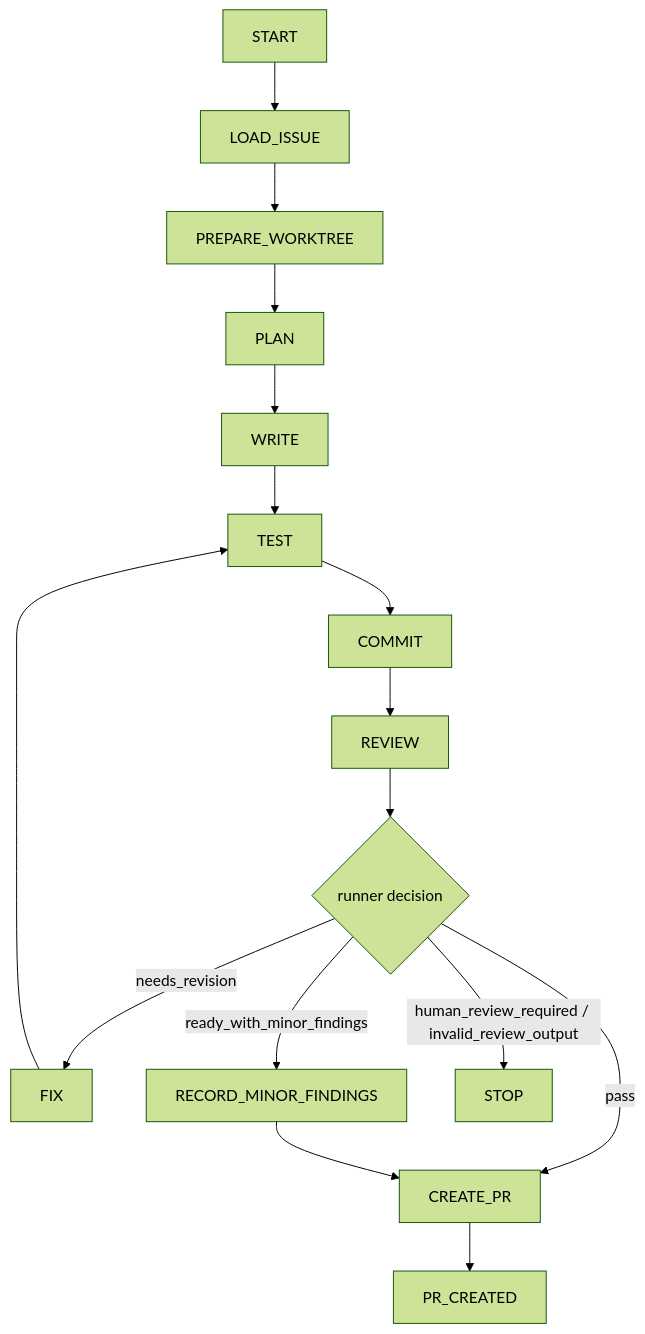
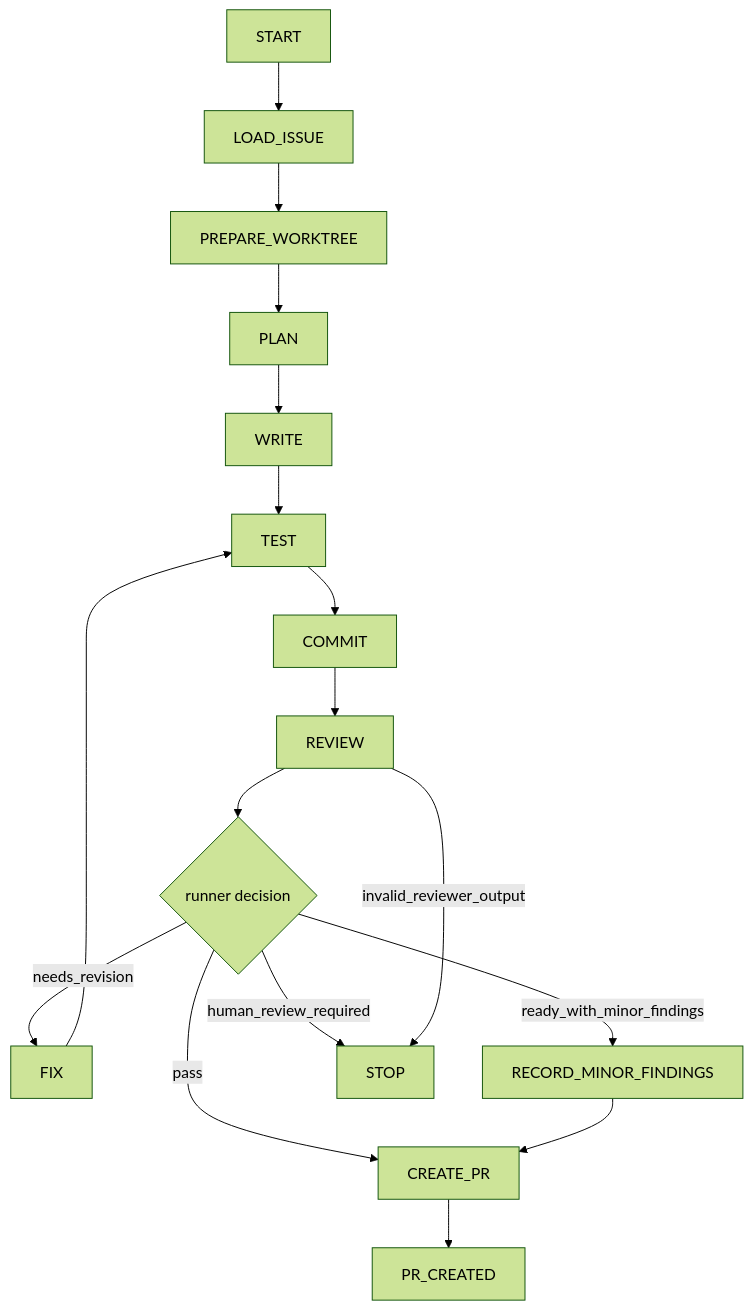
The first of 3 diagrams in docs/internal/domain-model.md (tooppoo/Fuda), drawn with Mermaid (forest theme) before and after one commit. The commit also changed other lines of this file and 7 other files, not shown here.

````diff
--- a/docs/internal/domain-model.md
+++ b/docs/internal/domain-model.md
@@ -77,16 +77,17 @@
 ```mermaid
 flowchart TD
     START --> LOAD_ISSUE
     LOAD_ISSUE --> PREPARE_WORKTREE
     PREPARE_WORKTREE --> PLAN
     PLAN --> WRITE
     WRITE --> TEST
     TEST --> COMMIT
     COMMIT --> REVIEW
     REVIEW --> DECISION{runner decision}
     DECISION -- needs_revision --> FIX --> TEST
     DECISION -- pass --> CREATE_PR
     DECISION -- ready_with_minor_findings --> RECORD_MINOR_FINDINGS --> CREATE_PR
-    DECISION -- human_review_required / invalid_review_output --> STOP
+    DECISION -- human_review_required --> STOP
+    REVIEW -- invalid_reviewer_output --> STOP
     CREATE_PR --> PR_CREATED
 ```
````
